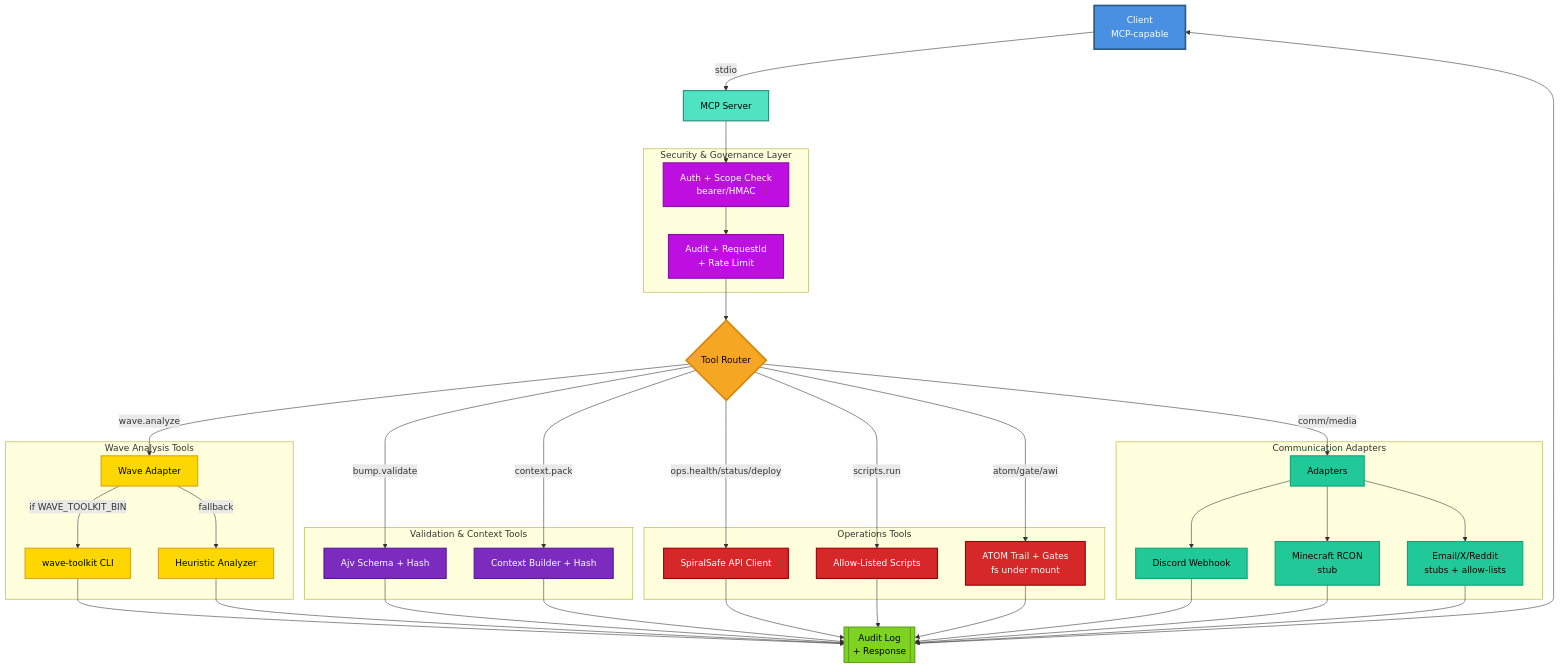
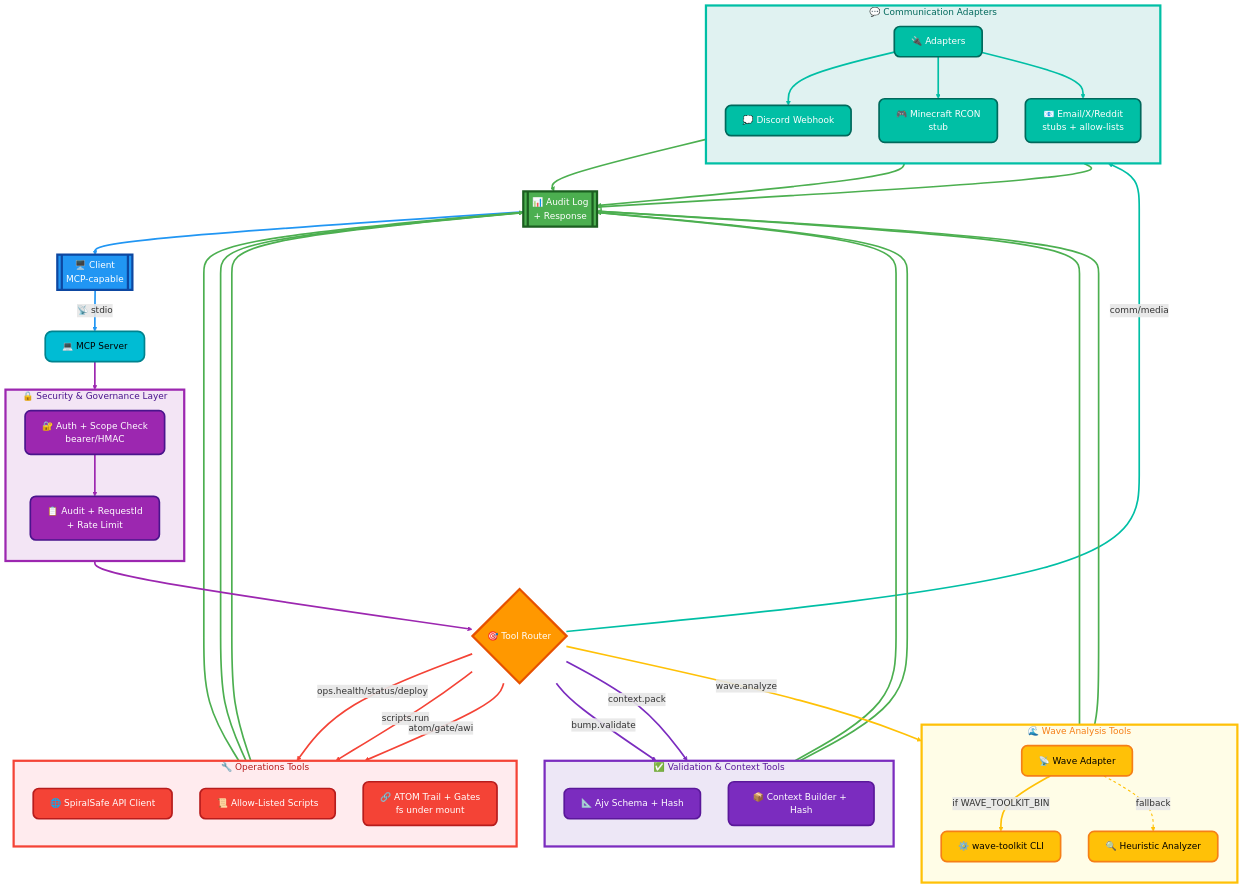
One commit to toolate28/coherence-mcp changed the diagram in docs/data-flow.md. Above: the diagram before and after it, drawn with Mermaid. The commit also changed 1 other file, not shown here.

Commit message:
Enhance Mermaid diagrams with Material Design styling and visual hierarchy (#26)
* Initial plan

* Enhance Mermaid diagrams with improved styling, colors, and visual hierarchy

* Fix linkStyle indices to match actual link count in flow.md

---------

````diff
--- a/docs/data-flow.md
+++ b/docs/data-flow.md
@@ -5,79 +5,84 @@
 ```mermaid
 graph TD
-  A[Client<br/>MCP-capable] -->|stdio| B[MCP Server]
+  A[["🖥️ Client<br/>MCP-capable"]] -->|"📡 stdio"| B["💻 MCP Server"]
   
-  subgraph security[" Security & Governance Layer "]
-    C[Auth + Scope Check<br/>bearer/HMAC]
-    D[Audit + RequestId<br/>+ Rate Limit]
+  subgraph security["🔒 Security & Governance Layer"]
+    direction TB
+    C["🔐 Auth + Scope Check<br/>bearer/HMAC"]
+    D["📋 Audit + RequestId<br/>+ Rate Limit"]
   end
   
-  B --> C
-  C --> D
-  D --> E{Tool Router}
+  B ==> C
+  C ==> D
+  D ==> E{"🎯 Tool Router"}
 
-  subgraph wave_tools[" Wave Analysis Tools "]
-    F[Wave Adapter]
-    G[wave-toolkit CLI]
-    H[Heuristic Analyzer]
+  subgraph wave_tools["🌊 Wave Analysis Tools"]
+    direction TB
+    F["📡 Wave Adapter"]
+    G["⚙️ wave-toolkit CLI"]
+    H["🔍 Heuristic Analyzer"]
   end
   
-  subgraph validation_tools[" Validation & Context Tools "]
-    I[Ajv Schema + Hash]
-    J[Context Builder + Hash]
+  subgraph validation_tools["✅ Validation & Context Tools"]
+    direction TB
+    I["📐 Ajv Schema + Hash"]
+    J["📦 Context Builder + Hash"]
   end
   
-  subgraph ops_tools[" Operations Tools "]
-    K[SpiralSafe API Client]
-    L[Allow-Listed Scripts]
-    M[ATOM Trail + Gates<br/>fs under mount]
+  subgraph ops_tools["🔧 Operations Tools"]
+    direction TB
+    K["🌐 SpiralSafe API Client"]
+    L["📜 Allow-Listed Scripts"]
+    M["🔗 ATOM Trail + Gates<br/>fs under mount"]
   end
   
-  subgraph comm_adapters[" Communication Adapters "]
-    N[Adapters]
-    N1[Discord Webhook]
-    N2[Minecraft RCON<br/>stub]
-    N3[Email/X/Reddit<br/>stubs + allow-lists]
+  subgraph comm_adapters["💬 Communication Adapters"]
+    direction TB
+    N["🔌 Adapters"]
+    N1["💭 Discord Webhook"]
+    N2["🎮 Minecraft RCON<br/>stub"]
+    N3["📧 Email/X/Reddit<br/>stubs + allow-lists"]
   end
 
-  E -->|wave.analyze| F
-  F -->|if WAVE_TOOLKIT_BIN| G
-  F -->|fallback| H
+  E ==>|"wave.analyze"| F
+  F -->|"if WAVE_TOOLKIT_BIN"| G
+  F -.->|"fallback"| H
 
-  E -->|bump.validate| I
-  E -->|context.pack| J
+  E ==>|"bump.validate"| I
+  E ==>|"context.pack"| J
 
-  E -->|ops.health/status/deploy| K
-  E -->|scripts.run| L
-  E -->|atom/gate/awi| M
+  E ==>|"ops.health/status/deploy"| K
+  E ==>|"scripts.run"| L
+  E ==>|"atom/gate/awi"| M
   
-  E -->|comm/media| N
-  N --> N1
-  N --> N2
-  N --> N3
+  E ==>|"comm/media"| N
+  N ==> N1
+  N ==> N2
+  N ==> N3
 
-  G --> D1[Audit Result]
-  H --> D1
-  I --> D1
-  J --> D1
-  K --> D1
-  L --> D1
-  M --> D1
-  N1 --> D1
-  N2 --> D1
-  N3 --> D1
+  G ==> D1[["📊 Audit Log<br/>+ Response"]]
+  H ==> D1
+  I ==> D1
+  J ==> D1
+  K ==> D1
+  L ==> D1
+  M ==> D1
+  N1 ==> D1
+  N2 ==> D1
+  N3 ==> D1
 
-  D1[[Audit Log<br/>+ Response]] --> A
+  D1 ==> A
   
-  %% Styling
-  classDef clientStyle fill:#4A90E2,stroke:#2E5C8A,stroke-width:3px,color:#fff
-  classDef serverStyle fill:#50E3C2,stroke:#2E8B7F,stroke-width:2px,color:#000
-  classDef securityStyle fill:#BD10E0,stroke:#8B0AA8,stroke-width:2px,color:#fff
-  classDef routerStyle fill:#F5A623,stroke:#D68910,stroke-width:3px,color:#000
-  classDef waveStyle fill:#FFD700,stroke:#DAA520,stroke-width:2px,color:#000
-  classDef validationStyle fill:#7B2CBF,stroke:#5A189A,stroke-width:2px,color:#fff
-  classDef opsStyle fill:#D62828,stroke:#9D0208,stroke-width:2px,color:#fff
-  classDef commStyle fill:#20C997,stroke:#15A37B,stroke-width:2px,color:#000
-  classDef auditStyle fill:#7ED321,stroke:#5FA319,stroke-width:2px,color:#000
+  %% Enhanced Styling
+  classDef clientStyle fill:#2196F3,stroke:#0D47A1,stroke-width:4px,color:#fff,rx:15,ry:15
+  classDef serverStyle fill:#00BCD4,stroke:#00838F,stroke-width:3px,color:#000,rx:12,ry:12
+  classDef securityStyle fill:#9C27B0,stroke:#4A148C,stroke-width:3px,color:#fff,rx:10,ry:10
+  classDef routerStyle fill:#FF9800,stroke:#E65100,stroke-width:4px,color:#fff
+  classDef waveStyle fill:#FFC107,stroke:#F57F17,stroke-width:3px,color:#000,rx:10,ry:10
+  classDef validationStyle fill:#7B2CBF,stroke:#5A189A,stroke-width:3px,color:#fff,rx:10,ry:10
+  classDef opsStyle fill:#F44336,stroke:#B71C1C,stroke-width:3px,color:#fff,rx:10,ry:10
+  classDef commStyle fill:#00BFA5,stroke:#00695C,stroke-width:3px,color:#fff,rx:10,ry:10
+  classDef auditStyle fill:#4CAF50,stroke:#1B5E20,stroke-width:4px,color:#fff,rx:15,ry:15
   
   class A clientStyle
   class B serverStyle
@@ -88,4 +93,22 @@
   class K,L,M opsStyle
   class N,N1,N2,N3 commStyle
   class D1 auditStyle
+  
+  %% Subgraph Styling
+  style security fill:#F3E5F5,stroke:#9C27B0,stroke-width:4px,color:#4A148C
+  style wave_tools fill:#FFFDE7,stroke:#FFC107,stroke-width:4px,color:#F57F17
+  style validation_tools fill:#EDE7F6,stroke:#7B2CBF,stroke-width:4px,color:#5A189A
+  style ops_tools fill:#FFEBEE,stroke:#F44336,stroke-width:4px,color:#B71C1C
+  style comm_adapters fill:#E0F2F1,stroke:#00BFA5,stroke-width:4px,color:#00695C
+  
+  %% Link Styling
+  linkStyle 0 stroke:#2196F3,stroke-width:3px
+  linkStyle 1,2,3 stroke:#9C27B0,stroke-width:3px
+  linkStyle 4,5 stroke:#FFC107,stroke-width:3px
+  linkStyle 6 stroke:#FFC107,stroke-width:2px,stroke-dasharray:5
+  linkStyle 7,8 stroke:#7B2CBF,stroke-width:3px
+  linkStyle 9,10,11 stroke:#F44336,stroke-width:3px
+  linkStyle 12,13,14,15 stroke:#00BFA5,stroke-width:3px
+  linkStyle 16,17,18,19,20,21,22,23,24,25 stroke:#4CAF50,stroke-width:3px
+  linkStyle 26 stroke:#2196F3,stroke-width:3px
 ```
````
